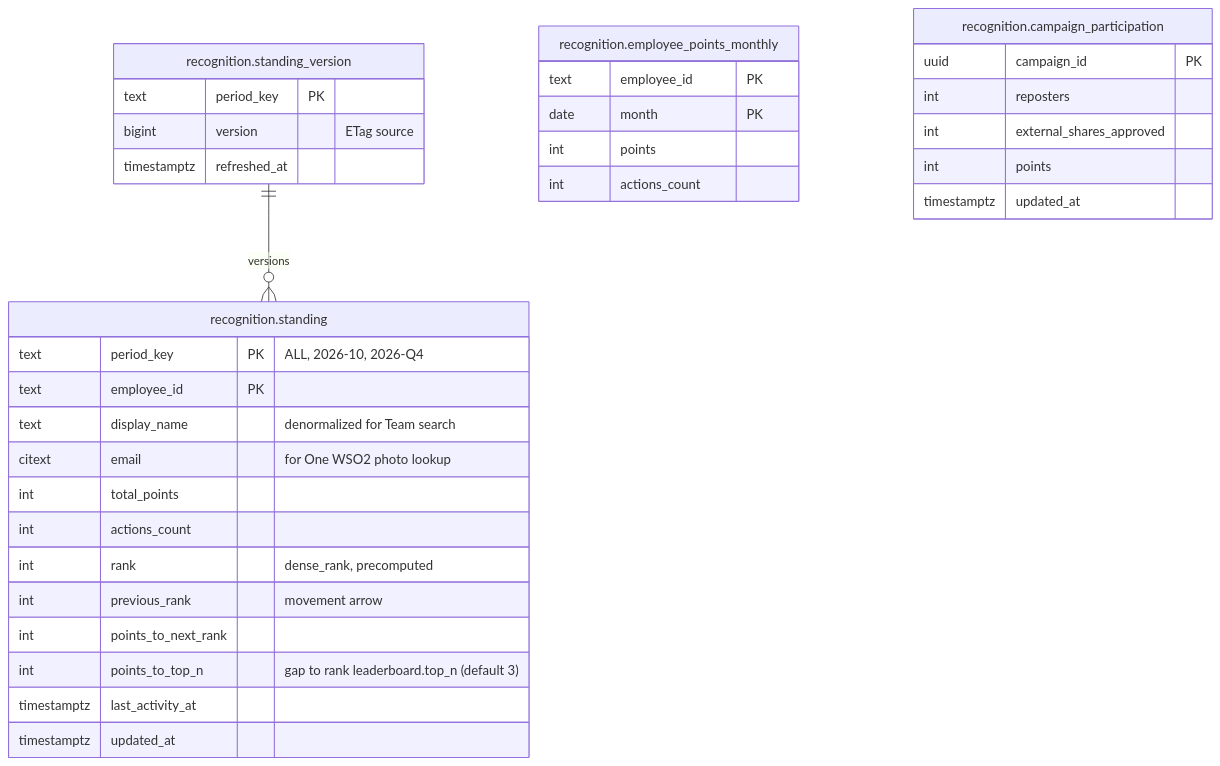
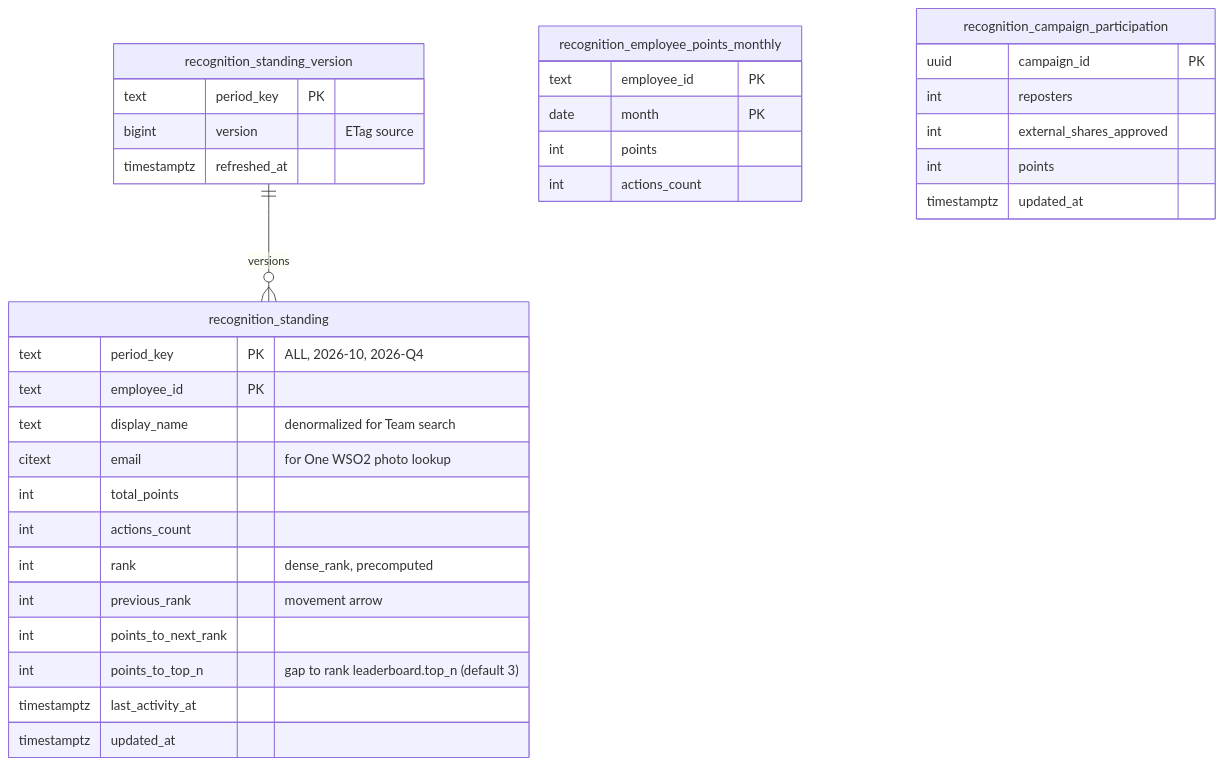
One commit to BechtelCanDoIt/marketing-tools changed the eighth of 10 diagrams in apps/amplify/amplify-database/README.md. Above: the diagram before and after it, drawn with Mermaid. The commit also changed other lines of this file and 170 other files, not shown here.

````diff
--- a/apps/amplify/amplify-database/README.md
+++ b/apps/amplify/amplify-database/README.md
@@ -580,37 +580,37 @@
 ```mermaid
 erDiagram
-    STANDING["recognition.standing"] {
+    STANDING["recognition_standing"] {
         text period_key PK "ALL, 2026-10, 2026-Q4"
         text employee_id PK
         text display_name "denormalized for Team search"
         citext email "for One WSO2 photo lookup"
         int total_points
         int actions_count
         int rank "dense_rank, precomputed"
         int previous_rank "movement arrow"
         int points_to_next_rank
         int points_to_top_n "gap to rank leaderboard.top_n (default 3)"
         timestamptz last_activity_at
         timestamptz updated_at
     }
-    STANDING_VERSION["recognition.standing_version"] {
+    STANDING_VERSION["recognition_standing_version"] {
         text period_key PK
         bigint version "ETag source"
         timestamptz refreshed_at
     }
-    EMPLOYEE_POINTS_MONTHLY["recognition.employee_points_monthly"] {
+    EMPLOYEE_POINTS_MONTHLY["recognition_employee_points_monthly"] {
         text employee_id PK
         date month PK
         int points
         int actions_count
     }
-    CAMPAIGN_PARTICIPATION["recognition.campaign_participation"] {
+    CAMPAIGN_PARTICIPATION["recognition_campaign_participation"] {
         uuid campaign_id PK
         int reposters
         int external_shares_approved
         int points
         timestamptz updated_at
     }
 
     STANDING_VERSION ||--o{ STANDING : "versions"
 ```
````
